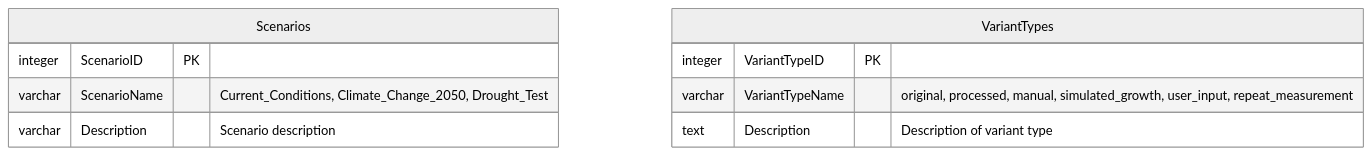
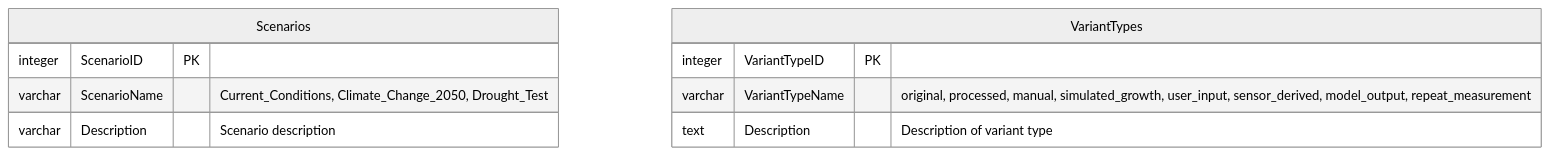
One commit to XRFutureForests/digital-twin-db changed the fourth of 20 diagrams in docs/database-schema.md. Above: the diagram before and after it, drawn with Mermaid (neutral theme). The commit also changed 10 other files, not shown here.

````diff
--- a/docs/database-schema.md
+++ b/docs/database-schema.md
@@ -244,14 +244,14 @@
 ```mermaid
 erDiagram
     Scenarios {
         integer ScenarioID PK
         varchar ScenarioName "Current_Conditions, Climate_Change_2050, Drought_Test"
         varchar Description "Scenario description"
     }
 
     VariantTypes {
         integer VariantTypeID PK
-        varchar VariantTypeName "original, processed, manual, simulated_growth, user_input, repeat_measurement"
+        varchar VariantTypeName "original, processed, manual, simulated_growth, user_input, sensor_derived, model_output, repeat_measurement"
         text Description "Description of variant type"
     }
 ```
````
